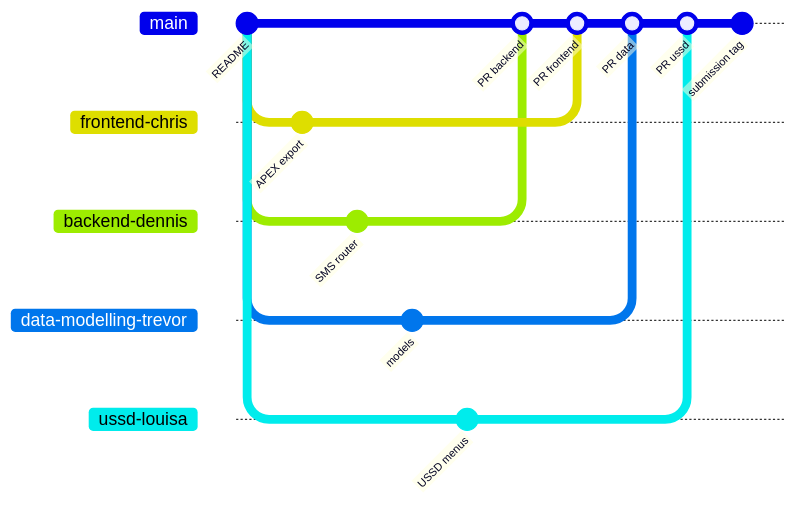
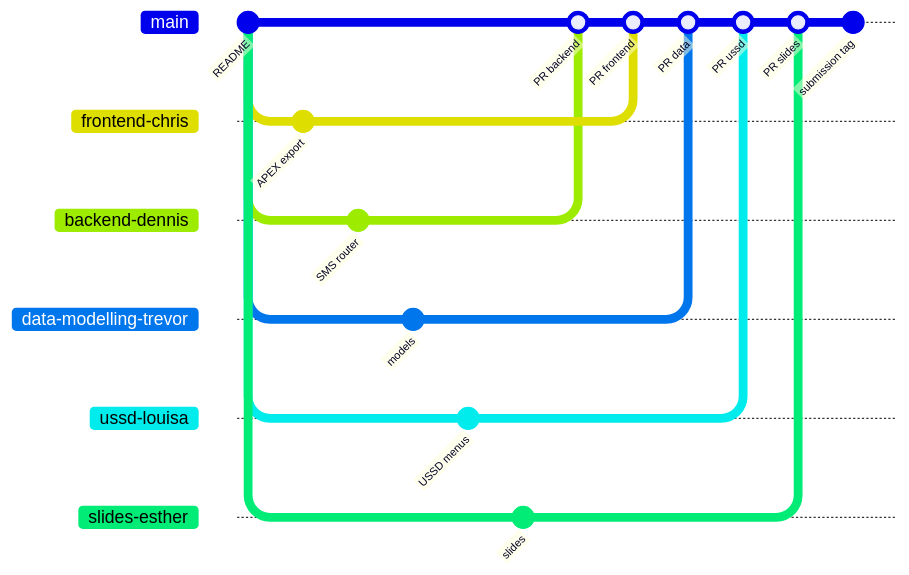
The second of 2 diagrams in README.md (ChristopherKiokoStrathmore/DrainSense-Global), drawn with Mermaid before and after one commit. The commit also changed other lines of this file and 7 other files, not shown here.

````diff
--- a/README.md
+++ b/README.md
@@ -123,22 +125,26 @@
 ```mermaid
 gitGraph
   commit id: "README"
   branch frontend-chris
   branch backend-dennis
   branch data-modelling-trevor
   branch ussd-louisa
+  branch slides-esther
   checkout frontend-chris
   commit id: "APEX export"
   checkout backend-dennis
   commit id: "SMS router"
   checkout data-modelling-trevor
   commit id: "models"
   checkout ussd-louisa
   commit id: "USSD menus"
+  checkout slides-esther
+  commit id: "slides"
   checkout main
   merge backend-dennis id: "PR backend"
   merge frontend-chris id: "PR frontend"
   merge data-modelling-trevor id: "PR data"
   merge ussd-louisa id: "PR ussd"
+  merge slides-esther id: "PR slides"
   commit id: "submission tag"
 ```
````
